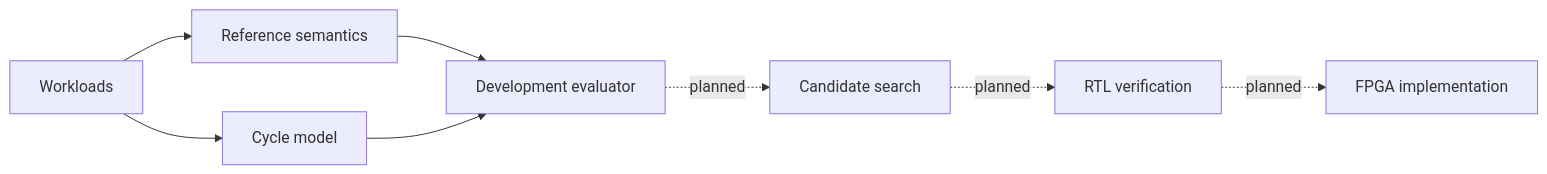
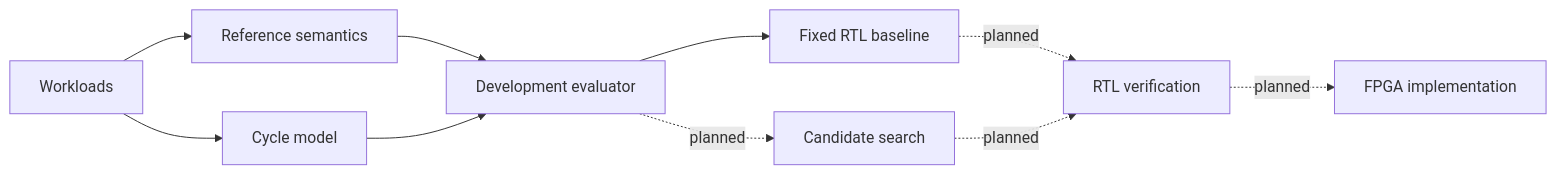
Before and after one commit to logohere/architecture-lab: the diagram in README.md, drawn with Mermaid. The commit also changed other lines of this file and 9 other files, not shown here.

First line of the commit message:
Establish FPGA baseline with independently reviewed verification plan (#17)

````diff
--- a/README.md
+++ b/README.md
@@ -16,10 +18,12 @@
 ```mermaid
 flowchart LR
     W[Workloads] --> R[Reference semantics]
     W --> M[Cycle model]
     R --> E[Development evaluator]
     M --> E
+    E --> B[Fixed RTL baseline]
+    B -. planned .-> V[RTL verification]
     E -. planned .-> S[Candidate search]
     S -. planned .-> V[RTL verification]
     V -. planned .-> F[FPGA implementation]
 ```
````
